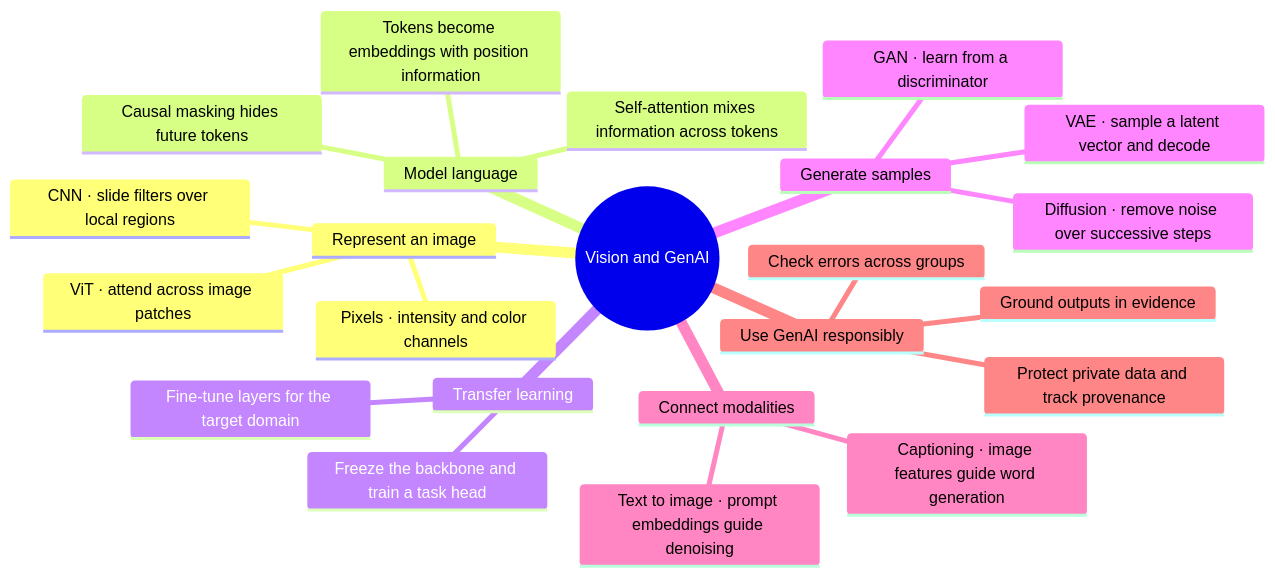
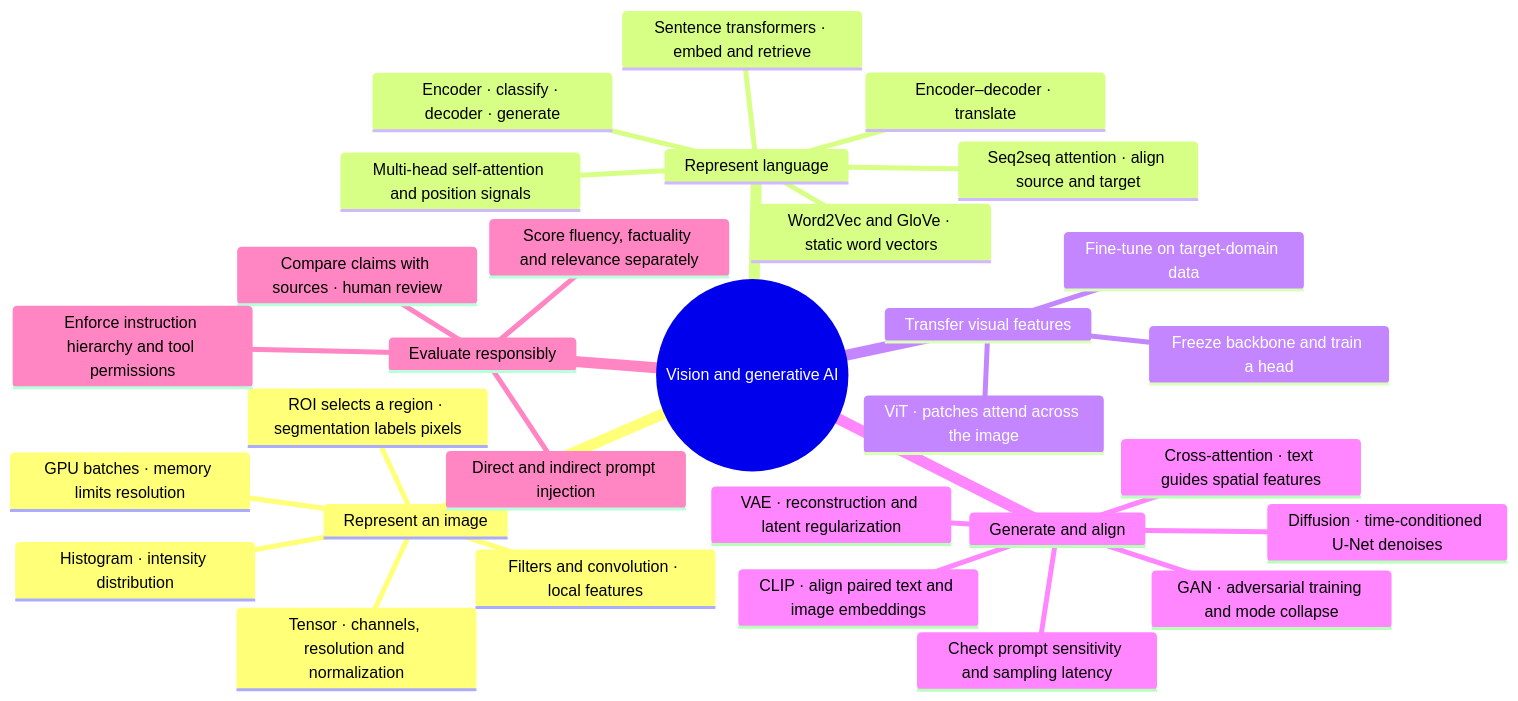
One commit to jeevchiran/learnings-ai-ml changed the diagram in docs/revision/vision-and-genai.md. Above: the diagram before and after it, drawn with Mermaid. The commit also changed other lines of this file and 5 other files, not shown here.

Commit message:
Align exam mind maps, printable sheet and lessons with GenAI Revision 1

````diff
--- a/docs/revision/vision-and-genai.md
+++ b/docs/revision/vision-and-genai.md
@@ -3,26 +3,33 @@
 ```mermaid
 mindmap
-  root((Vision and GenAI))
+  root((Vision and generative AI))
     Represent an image
-      Pixels · intensity and color channels
-      CNN · slide filters over local regions
-      ViT · attend across image patches
-    Model language
-      Tokens become embeddings with position information
-      Self-attention mixes information across tokens
-      Causal masking hides future tokens
-    Transfer learning
-      Freeze the backbone and train a task head
-      Fine-tune layers for the target domain
-    Generate samples
-      VAE · sample a latent vector and decode
-      GAN · learn from a discriminator
-      Diffusion · remove noise over successive steps
-    Connect modalities
-      Captioning · image features guide word generation
-      Text to image · prompt embeddings guide denoising
-    Use GenAI responsibly
-      Ground outputs in evidence
-      Check errors across groups
-      Protect private data and track provenance
+      Tensor · channels, resolution and normalization
+      Histogram · intensity distribution
+      Filters and convolution · local features
+      ROI selects a region · segmentation labels pixels
+      GPU batches · memory limits resolution
+    Represent language
+      Word2Vec and GloVe · static word vectors
+      Seq2seq attention · align source and target
+      Multi-head self-attention and position signals
+      Encoder · classify · decoder · generate
+      Encoder–decoder · translate
+      Sentence transformers · embed and retrieve
+    Transfer visual features
+      Freeze backbone and train a head
+      Fine-tune on target-domain data
+      ViT · patches attend across the image
+    Generate and align
+      VAE · reconstruction and latent regularization
+      GAN · adversarial training and mode collapse
+      Diffusion · time-conditioned U-Net denoises
+      Cross-attention · text guides spatial features
+      CLIP · align paired text and image embeddings
+      Check prompt sensitivity and sampling latency
+    Evaluate responsibly
+      Score fluency, factuality and relevance separately
+      Compare claims with sources · human review
+      Direct and indirect prompt injection
+      Enforce instruction hierarchy and tool permissions
 ```
````
